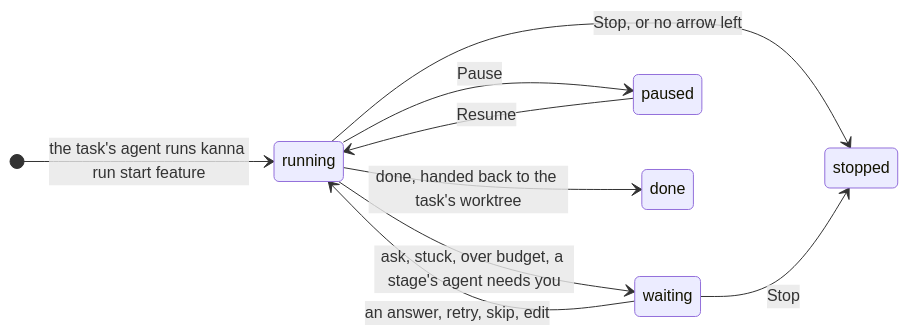
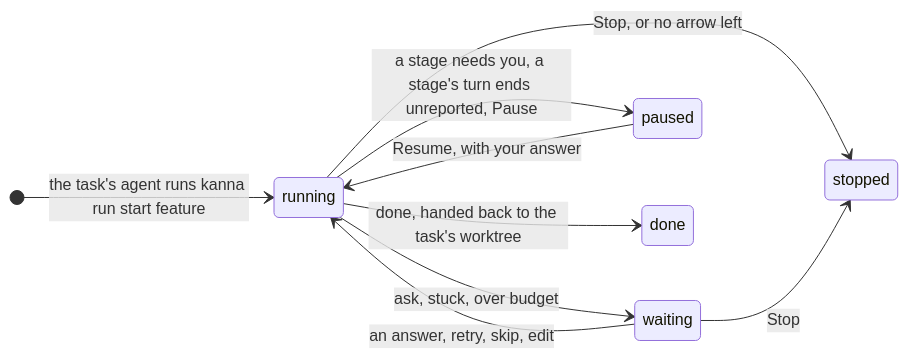
The first of 5 diagrams in docs/specs/software-factory.md (tampopogk/kanna), drawn with Mermaid before and after one commit. The commit also changed other lines of this file and 13 other files, not shown here.

Commit message:
A stage that needs you, or whose turn ends unreported, pauses its run and frees its agent; kanna run resume carries it on in its session; agent stages take agents that report their status; the terminal counts every reported turn

````diff
--- a/docs/specs/software-factory.md
+++ b/docs/specs/software-factory.md
@@ -24,12 +24,12 @@
 ```mermaid
 stateDiagram-v2
     direction LR
     [*] --> running: the task's agent runs kanna run start feature
-    running --> waiting: ask, stuck, over budget, a stage's agent needs you
+    running --> waiting: ask, stuck, over budget
     waiting --> running: an answer, retry, skip, edit
-    running --> paused: Pause
-    paused --> running: Resume
+    running --> paused: a stage needs you, a stage's turn ends unreported, Pause
+    paused --> running: Resume, with your answer
     running --> done: done, handed back to the task's worktree
     running --> stopped: Stop, or no arrow left
     waiting --> stopped: Stop
 ```
````
